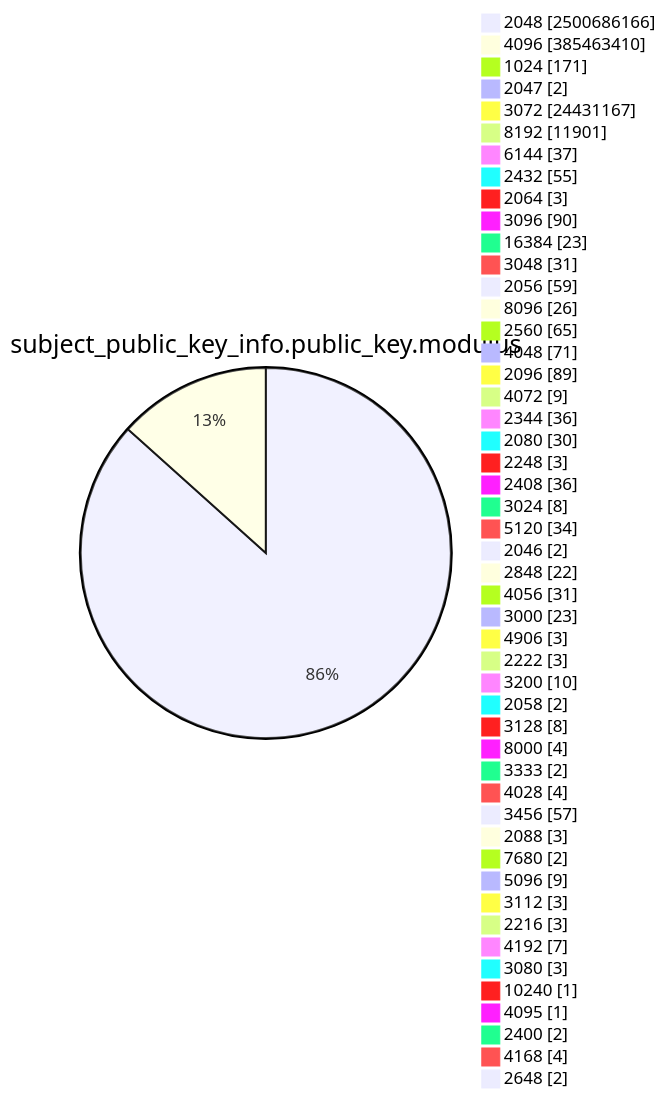
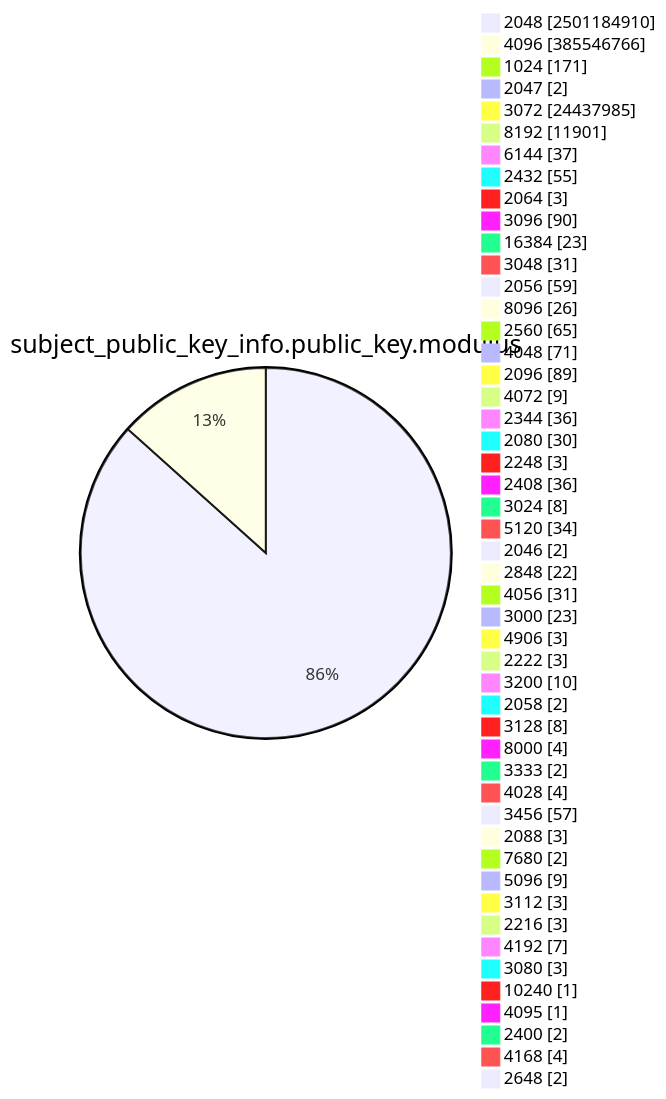
Before and after one commit to christiankrug/ctmonitor_visualization: diagram 13 of 15 in TOTAL/README.md, drawn with Mermaid. The commit also changed other lines of this file, not shown here.

````diff
--- a/TOTAL/README.md
+++ b/TOTAL/README.md
@@ -4169,53 +4169,53 @@
 ```mermaid
 pie showData
 title subject_public_key_info.public_key.modulus
-"2048" :2500686166
-"4096" :385463410
+"2048" :2501184910
+"4096" :385546766
 "1024" :171
 "2047" :2
-"3072" :24431167
+"3072" :24437985
 "8192" :11901
 "6144" :37
 "2432" :55
 "2064" :3
 "3096" :90
 "16384" :23
 "3048" :31
 "2056" :59
 "8096" :26
 "2560" :65
 "4048" :71
 "2096" :89
 "4072" :9
 "2344" :36
 "2080" :30
 "2248" :3
 "2408" :36
 "3024" :8
 "5120" :34
 "2046" :2
 "2848" :22
 "4056" :31
 "3000" :23
 "4906" :3
 "2222" :3
 "3200" :10
 "2058" :2
 "3128" :8
 "8000" :4
 "3333" :2
 "4028" :4
 "3456" :57
 "2088" :3
 "7680" :2
 "5096" :9
 "3112" :3
 "2216" :3
 "4192" :7
 "3080" :3
 "10240" :1
 "4095" :1
 "2400" :2
 "4168" :4
 "2648" :2
 ```
````
